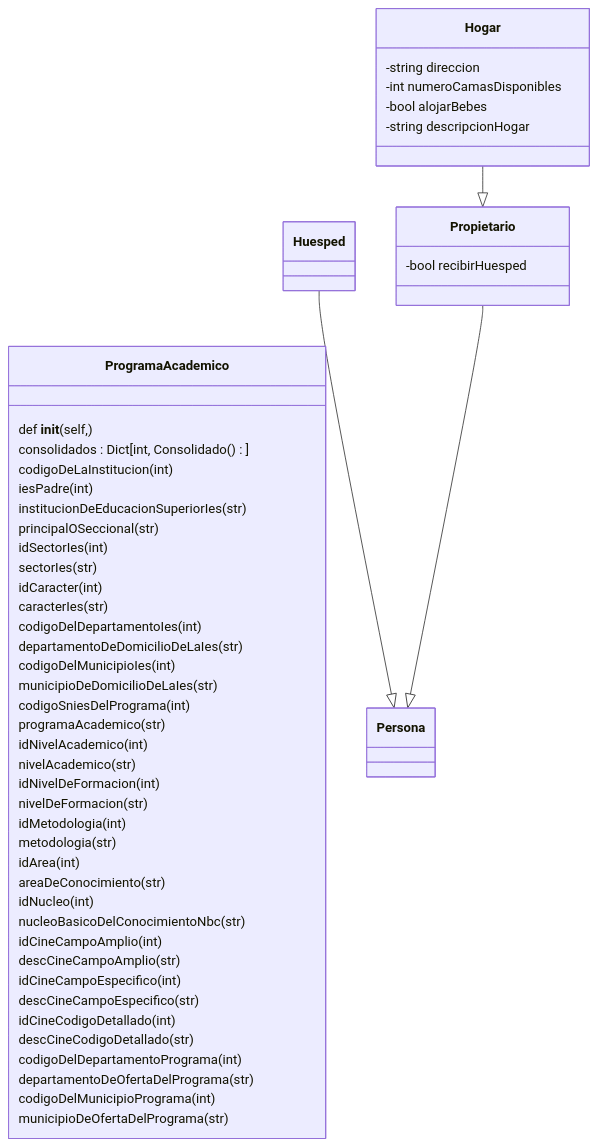
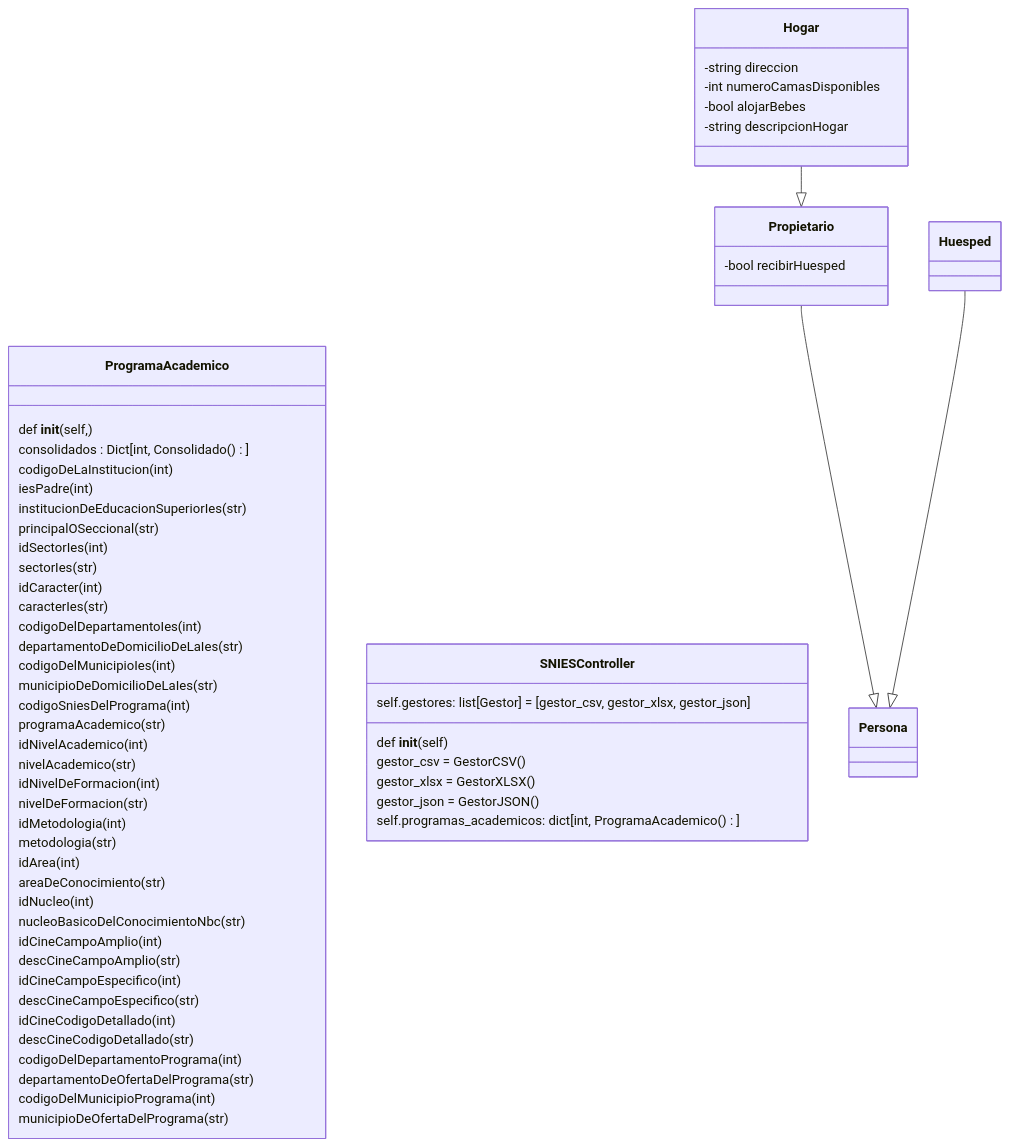
The diagram in README.md (300CIS017-Object-Oriented-Programming/proyecto-3-chiq), drawn with Mermaid before and after one commit.

````diff
--- a/README.md
+++ b/README.md
@@ -7,66 +7,72 @@
 ```mermaid
 classDiagram
 direction BT
 
 class ProgramaAcademico{
     def __init__(self, )
         consolidados : Dict[int, Consolidado()]
         codigoDeLaInstitucion (int)
         iesPadre (int)
         institucionDeEducacionSuperiorIes (str)
         principalOSeccional  (str)
         idSectorIes  (int)
         sectorIes  (str)
         idCaracter  (int)
         caracterIes  (str)
         codigoDelDepartamentoIes  (int)
         departamentoDeDomicilioDeLaIes  (str)
         codigoDelMunicipioIes  (int)
         municipioDeDomicilioDeLaIes  (str)
         codigoSniesDelPrograma (int)
         programaAcademico  (str)
         idNivelAcademico (int)
         nivelAcademico  (str)
         idNivelDeFormacion  (int)
         nivelDeFormacion  (str)
         idMetodologia  (int)
         metodologia (str)
         idArea  (int)
         areaDeConocimiento (str)
         idNucleo  (int)
         nucleoBasicoDelConocimientoNbc  (str)
         idCineCampoAmplio  (int)
         descCineCampoAmplio  (str)
         idCineCampoEspecifico  (int)
         descCineCampoEspecifico  (str)
         idCineCodigoDetallado  (int)
         descCineCodigoDetallado  (str)
         codigoDelDepartamentoPrograma  (int)
         departamentoDeOfertaDelPrograma (str)
         codigoDelMunicipioPrograma(int)
         municipioDeOfertaDelPrograma(str)
 }
 
-class Huesped{
-  
+
+  class SNIESController{
+    def __init__(self)
+        gestor_csv = GestorCSV()
+        gestor_xlsx = GestorXLSX()
+        gestor_json = GestorJSON()
+        self.gestores: list[Gestor] = [gestor_csv, gestor_xlsx, gestor_json]
+        self.programas_academicos: dict[int, ProgramaAcademico()]
 }
 
 class Propietario{
   -bool recibirHuesped
 }
 
 class Hogar{
   -string direccion
   -int numeroCamasDisponibles
   -bool alojarBebes
   -string descripcionHogar
   
 }
 
 Propietario <|-- Hogar
 Persona <|-- Huesped
 Persona <|-- Propietario
 
 
 
 ```
````
